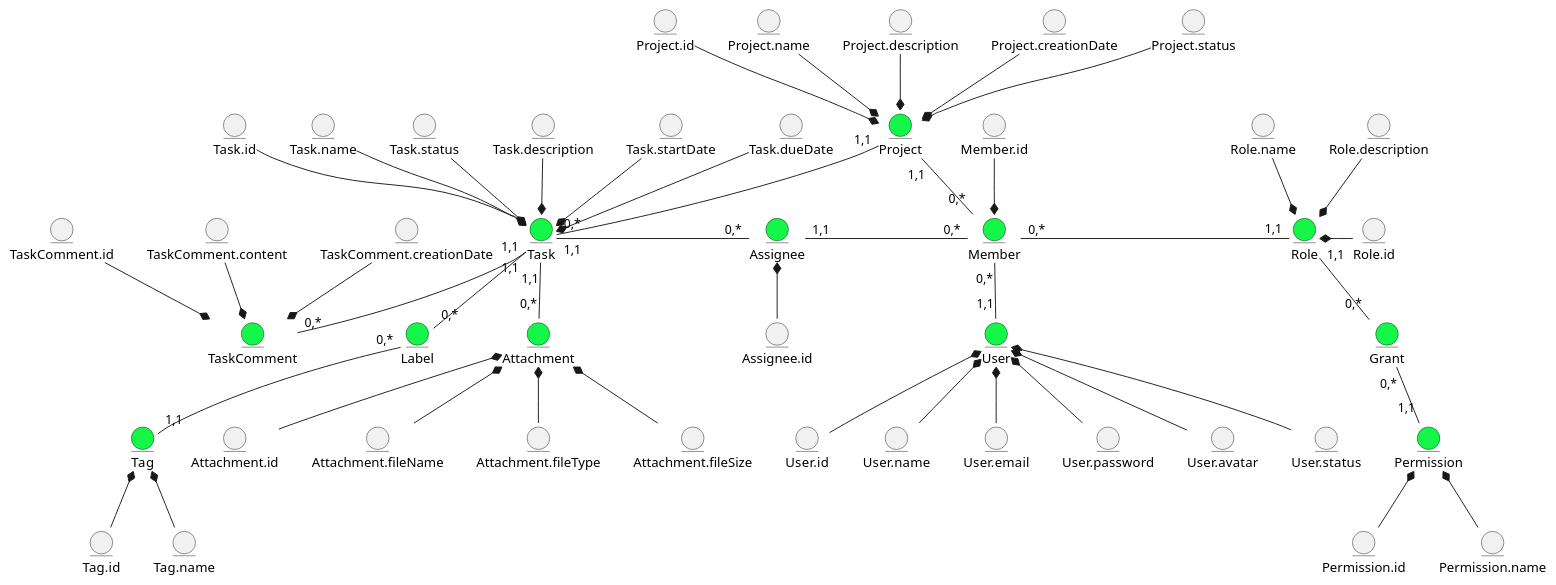
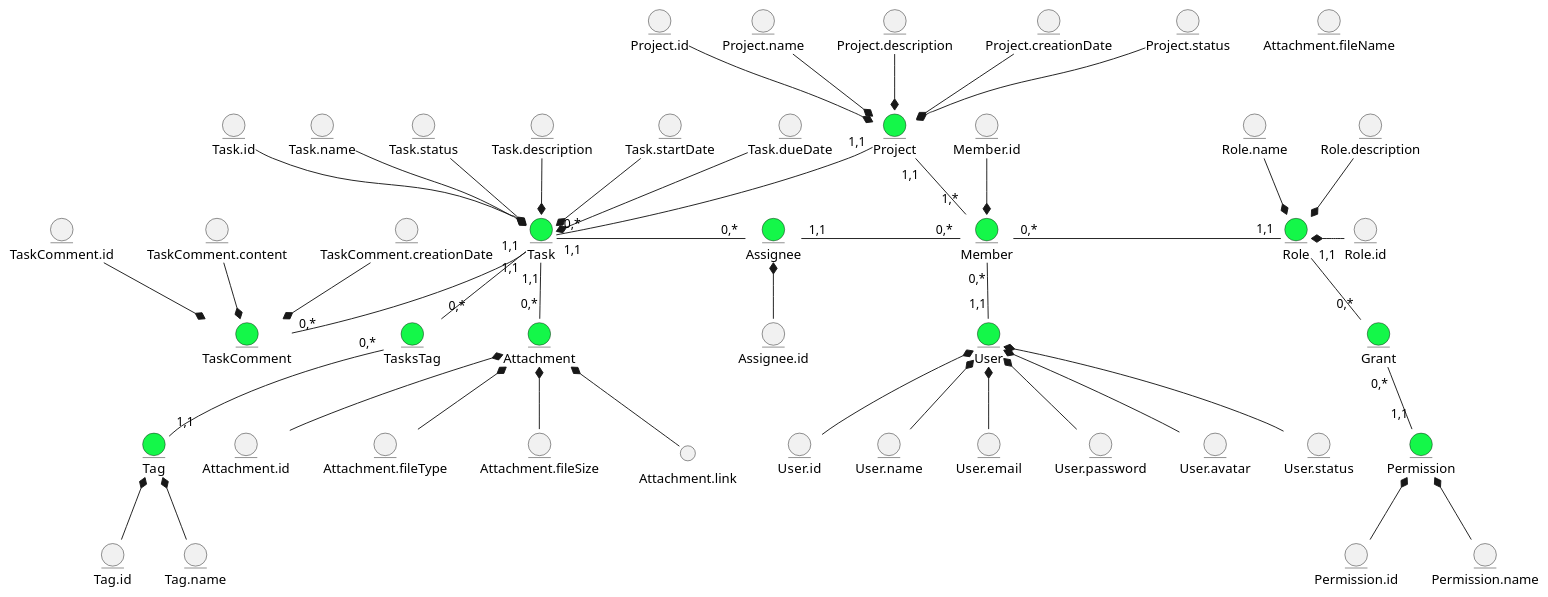
Before and after one commit to samoilenkomariia/db-coursework: the first of 2 diagrams in docs/design/README.md, drawn with PlantUML. The commit also changed other lines of this file, not shown here.

```diff
--- a/docs/design/README.md
+++ b/docs/design/README.md
@@ -29,13 +29,13 @@
 
 entity TaskComment#14f749
 entity Attachment#14f749
-entity Label#14f749
+entity TasksTag#14f749
 entity Tag#14f749
 
 Task "1,1" -d- "0,*" Attachment
 Task "1,1" -d- "0,*" TaskComment
-Task "1,1" -d- "0,*" Label
-Tag "1,1" -u- "0,*" Label
+Task "1,1" -d- "0,*" TasksTag
+Tag "1,1" -u- "0,*" TasksTag
 
 entity Task.id
 entity Task.name
@@ -63,7 +63,7 @@
 entity Attachment.fileType
 entity Attachment.fileSize
 Attachment.id -u-* Attachment
-Attachment.fileName -u-* Attachment
+Attachment.link -u-* Attachment
 Attachment.fileType -u-* Attachment
 Attachment.fileSize -u-* Attachment
 
@@ -125,7 +125,7 @@
 
 
 Task "0,*" -u- "1,1" Project
-Member "0,*" -l- "1,1" Project
+Member "1,*" -l- "1,1" Project
 Member "0,*" -d- "1,1" User
 Member "0,*" -r- "1,1" Role
 Member "0,*" -l- "1,1" Assignee
```
